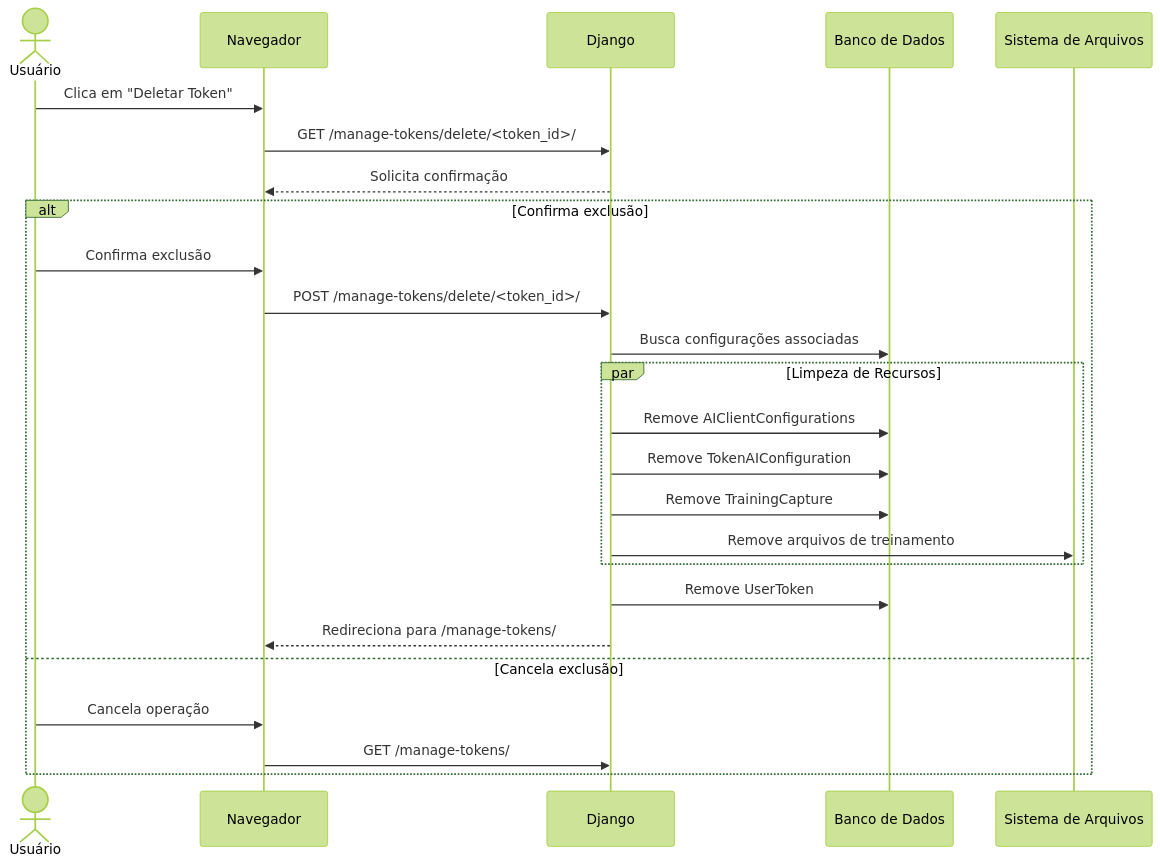
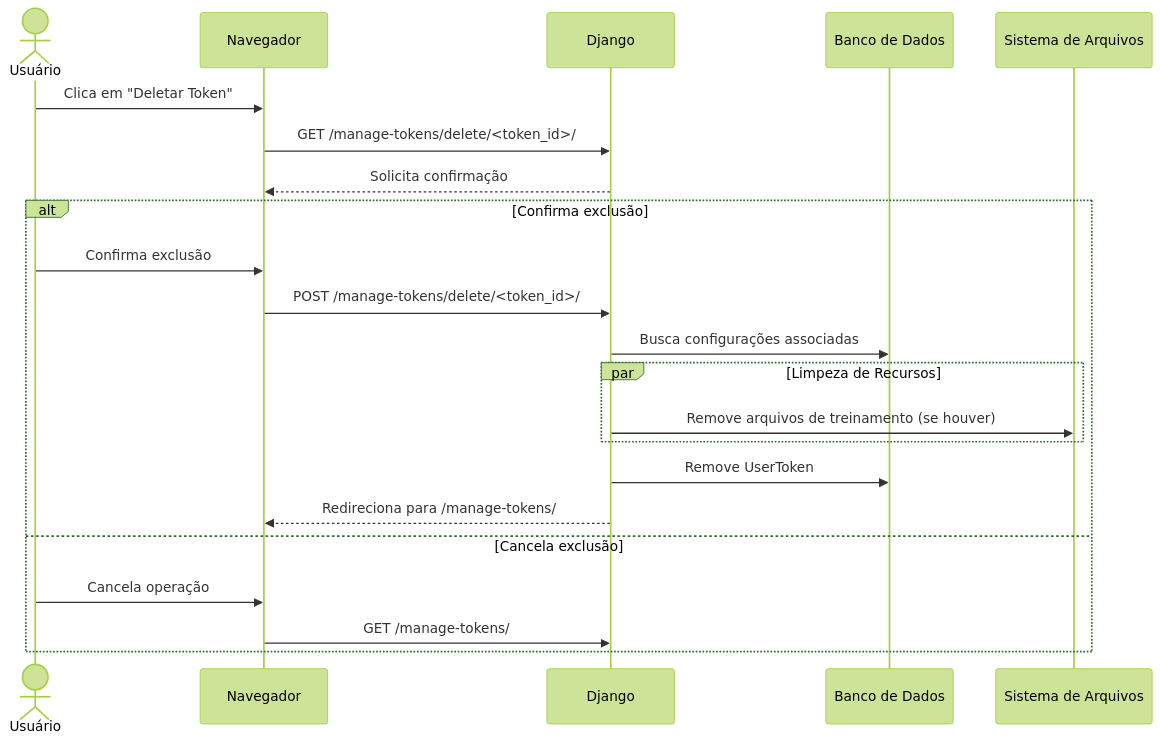
One commit to diegogrosmann/EnsinaNet.AI changed the seventh of 33 diagrams in README.md. Above: the diagram before and after it, drawn with Mermaid (forest theme). The commit also changed other lines of this file and 52 other files, not shown here.

````diff
--- a/README.md
+++ b/README.md
@@ -687,31 +641,28 @@
 ```mermaid
 sequenceDiagram
     actor U as Usuário
     participant N as Navegador
     participant D as Django
     participant DB as Banco de Dados
     participant FS as Sistema de Arquivos
 
     U->>N: Clica em "Deletar Token"
     N->>D: GET /manage-tokens/delete/<token_id>/
     D-->>N: Solicita confirmação
     
     alt Confirma exclusão
         U->>N: Confirma exclusão
         N->>D: POST /manage-tokens/delete/<token_id>/
         D->>DB: Busca configurações associadas
         
         par Limpeza de Recursos
-            D->>DB: Remove AIClientConfigurations
-            D->>DB: Remove TokenAIConfiguration
-            D->>DB: Remove TrainingCapture
-            D->>FS: Remove arquivos de treinamento
+            D->>FS: Remove arquivos de treinamento (se houver)
         end
         
         D->>DB: Remove UserToken
         D-->>N: Redireciona para /manage-tokens/
     else Cancela exclusão
         U->>N: Cancela operação
         N->>D: GET /manage-tokens/
     end
 ```
````
